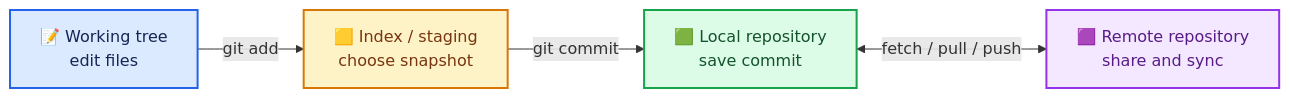
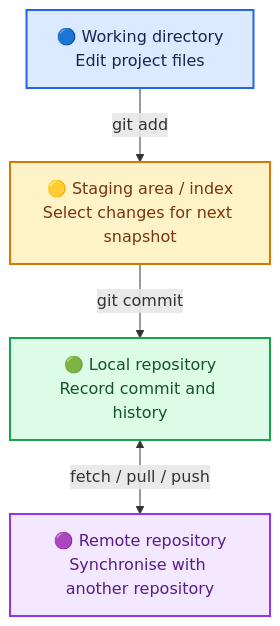
The first of 2 diagrams in DAY_WISE/day-01-foundations.md (amit-kr-ghosh/Git_Course), drawn with Mermaid before and after one commit. The commit also changed other lines of this file, not shown here.

````diff
--- a/DAY_WISE/day-01-foundations.md
+++ b/DAY_WISE/day-01-foundations.md
@@ -55,14 +40,14 @@
 ```mermaid
-flowchart LR
-    W["📝 Working tree<br/>edit files"] -->|"git add"| I["🟨 Index / staging<br/>choose snapshot"]
-    I -->|"git commit"| L["🟩 Local repository<br/>save commit"]
-    L <-->|"fetch / pull / push"| R["🟪 Remote repository<br/>share and sync"]
+flowchart TD
+    W["🔵 Working directory<br/>Edit project files"] -->|"git add"| I["🟡 Staging area / index<br/>Select changes for next snapshot"]
+    I -->|"git commit"| L["🟢 Local repository<br/>Record commit and history"]
+    L <-->|"fetch / pull / push"| R["🟣 Remote repository<br/>Synchronise with another repository"]
     classDef work fill:#dbeafe,stroke:#2563eb,color:#172554,stroke-width:2px
     classDef index fill:#fef3c7,stroke:#d97706,color:#78350f,stroke-width:2px
     classDef local fill:#dcfce7,stroke:#16a34a,color:#14532d,stroke-width:2px
     classDef remote fill:#f3e8ff,stroke:#9333ea,color:#581c87,stroke-width:2px
     class W work
     class I index
     class L local
     class R remote
 ```
````
